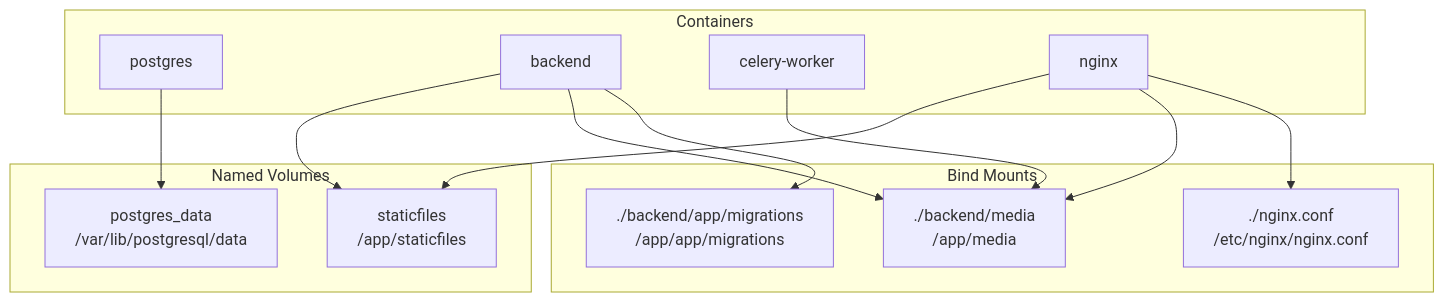
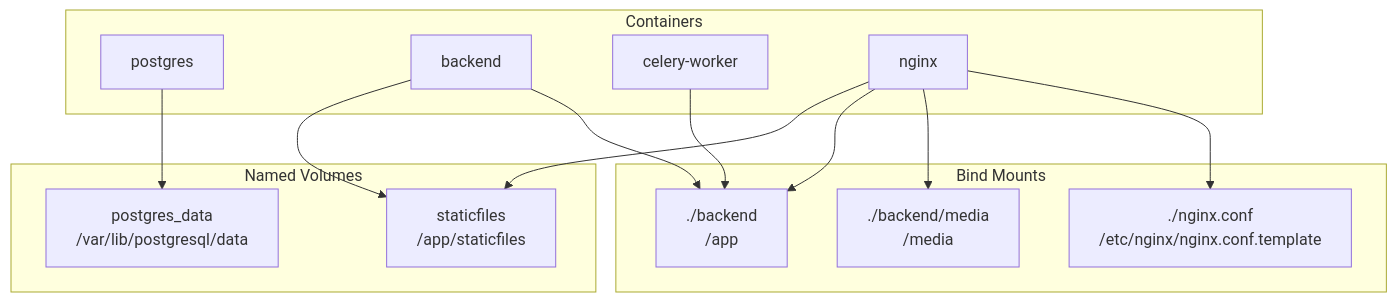
The fourth of 7 diagrams in docs/design/deployment-diagram.md (yukiharada1228/videoq), drawn with Mermaid before and after one commit. The commit also changed other lines of this file and 7 other files, not shown here.

````diff
--- a/docs/design/deployment-diagram.md
+++ b/docs/design/deployment-diagram.md
@@ -147,29 +148,29 @@
 ```mermaid
 graph TB
     subgraph NamedVolumes["Named Volumes"]
         V1[postgres_data<br/>/var/lib/postgresql/data]
         V2[staticfiles<br/>/app/staticfiles]
     end
     
     subgraph BindMounts["Bind Mounts"]
-        V3[./backend/media<br/>/app/media]
-        V4[./backend/app/migrations<br/>/app/app/migrations]
-        V5[./nginx.conf<br/>/etc/nginx/nginx.conf]
+        V3[./backend<br/>/app]
+        V4[./backend/media<br/>/media]
+        V5[./nginx.conf<br/>/etc/nginx/nginx.conf.template]
     end
     
     subgraph Containers["Containers"]
         C1[postgres]
         C2[backend]
         C3[celery-worker]
         C4[nginx]
     end
     
     C1 --> V1
     C2 --> V2
     C2 --> V3
-    C2 --> V4
     C3 --> V3
     C4 --> V2
     C4 --> V3
+    C4 --> V4
     C4 --> V5
 ```
````
